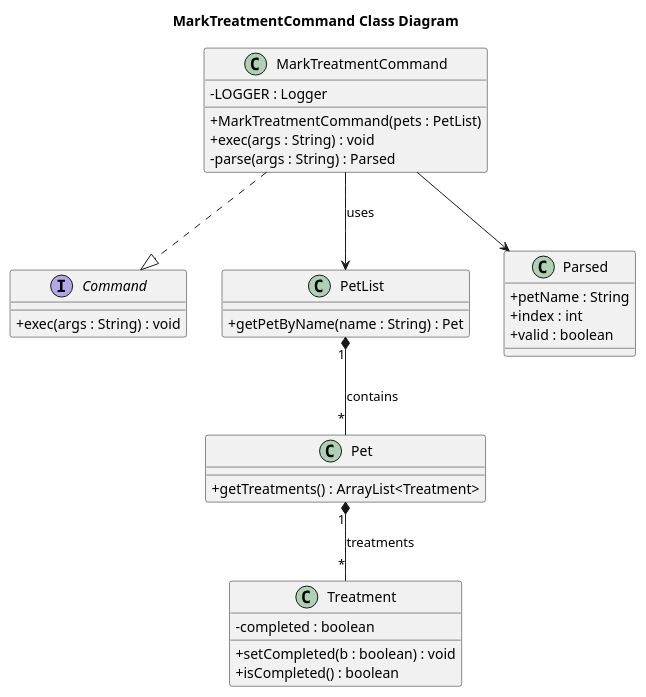
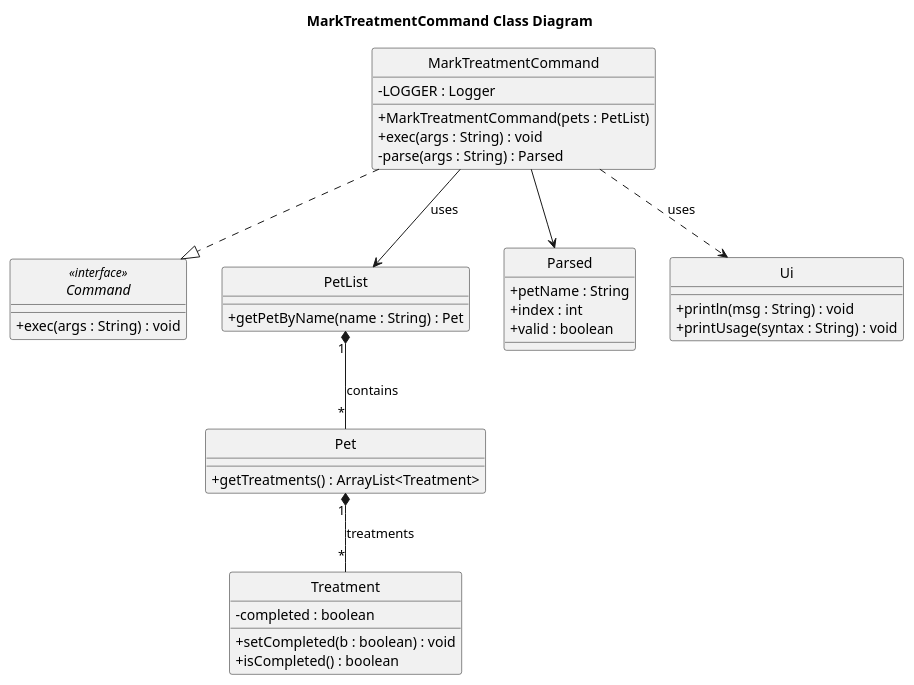
The diagram in docs/uml/MarkTreatmentCommand_Class_Diagram.puml (Kevin88866/tp), drawn with PlantUML before and after one commit. The commit also changed 19 other files, not shown here.

First line of the commit message:
update class and sequence diagram of listpet, mark/unmarktreatments, edit pet, group treatments by type

```diff
--- a/docs/uml/MarkTreatmentCommand_Class_Diagram.puml
+++ b/docs/uml/MarkTreatmentCommand_Class_Diagram.puml
@@ -1,42 +1,47 @@
 @startuml
 skinparam classAttributeIconSize 0
 title MarkTreatmentCommand Class Diagram
+hide circle
 
-interface Command {
+interface Command <<interface>>{
   +exec(args : String) : void
 }
 
 class MarkTreatmentCommand {
   -LOGGER : Logger
   +MarkTreatmentCommand(pets : PetList)
   +exec(args : String) : void
   -parse(args : String) : Parsed
 }
 
 class PetList {
   +getPetByName(name : String) : Pet
 }
 
 class Pet {
   +getTreatments() : ArrayList<Treatment>
 }
 
 class Treatment {
   -completed : boolean
   +setCompleted(b : boolean) : void
   +isCompleted() : boolean
 }
 
 class Parsed {
   +petName : String
   +index : int
   +valid : boolean
 }
 
 MarkTreatmentCommand ..|> Command
 MarkTreatmentCommand --> PetList : uses
 PetList "1" *-- "*" Pet : contains
 Pet "1" *-- "*" Treatment : treatments
 MarkTreatmentCommand --> Parsed
-
+class Ui {
+  +println(msg : String) : void
+  +printUsage(syntax : String) : void
+}
+MarkTreatmentCommand ..> Ui : uses
 @enduml
```
